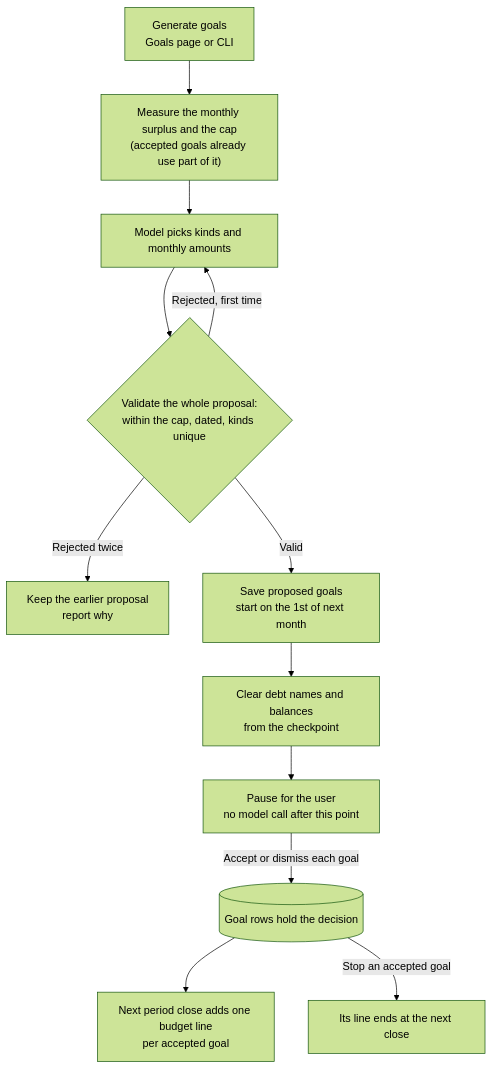
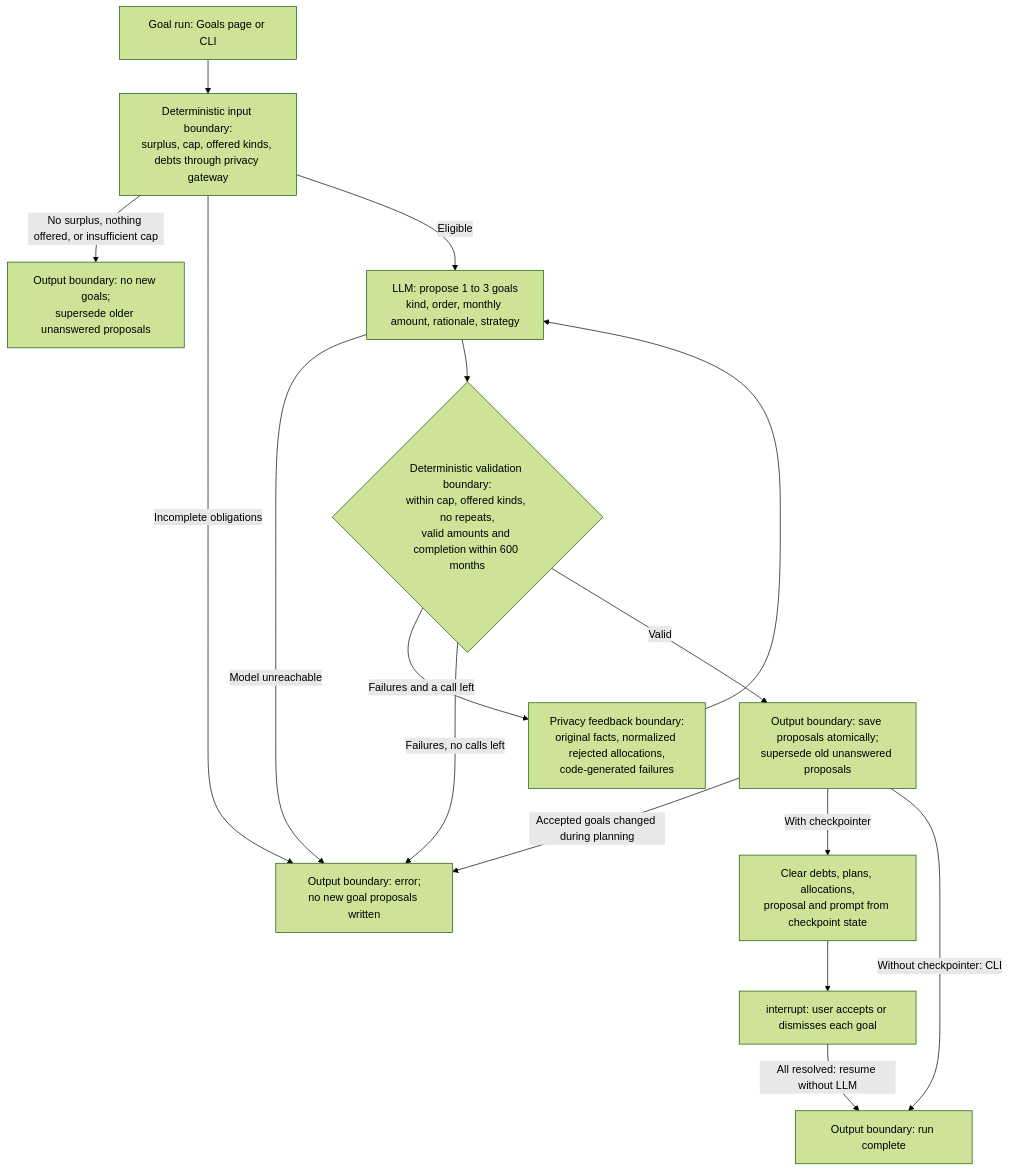
The third of 5 diagrams in docs/agent-pipelines.md (Del0m/Agentic-Financial-Dashboard), drawn with Mermaid (forest theme) before and after one commit. The commit also changed other lines of this file and 14 other files, not shown here.

First line of the commit message:
docs: agentic system guide for grading, with updated agent diagrams

````diff
--- a/docs/agent-pipelines.md
+++ b/docs/agent-pipelines.md
@@ -118,14 +86,18 @@
 ```mermaid
 flowchart TD
-    Start["Generate goals<br/>Goals page or CLI"] --> Facts["Measure the monthly surplus and the cap<br/>(accepted goals already use part of it)"]
-    Facts --> Propose["Model picks kinds and monthly amounts"]
-    Propose --> Check{"Validate the whole proposal:<br/>within the cap, dated, kinds unique"}
-    Check -->|Rejected, first time| Propose
-    Check -->|Rejected twice| Keep["Keep the earlier proposal<br/>report why"]
-    Check -->|Valid| Save["Save proposed goals<br/>start on the 1st of next month"]
-    Save --> Forget["Clear debt names and balances<br/>from the checkpoint"]
-    Forget --> Wait["Pause for the user<br/>no model call after this point"]
-    Wait -->|Accept or dismiss each goal| Rows[("Goal rows hold the decision")]
-    Rows --> Close["Next period close adds one budget line<br/>per accepted goal"]
-    Rows -->|Stop an accepted goal| End["Its line ends at the next close"]
+    Start["Goal run: Goals page or CLI"] --> Facts["Deterministic input boundary:<br/>surplus, cap, offered kinds, debts through privacy gateway"]
+    Facts -->|No surplus, nothing offered, or insufficient cap| Stop["Output boundary: no new goals;<br/>supersede older unanswered proposals"]
+    Facts -->|Incomplete obligations| Error["Output boundary: error;<br/>no new goal proposals written"]
+    Facts -->|Eligible| Propose["LLM: propose 1 to 3 goals<br/>kind, order, monthly amount, rationale, strategy"]
+    Propose -->|Model unreachable| Error
+    Propose --> Check{"Deterministic validation boundary:<br/>within cap, offered kinds, no repeats,<br/>valid amounts and completion within 600 months"}
+    Check -->|Failures and a call left| Correct["Privacy feedback boundary:<br/>original facts, normalized rejected allocations,<br/>code-generated failures"]
+    Correct --> Propose
+    Check -->|Failures, no calls left| Error
+    Check -->|Valid| Save["Output boundary: save proposals atomically;<br/>supersede old unanswered proposals"]
+    Save -->|Accepted goals changed during planning| Error
+    Save -->|With checkpointer| Clear["Clear debts, plans, allocations,<br/>proposal and prompt from checkpoint state"]
+    Clear --> Human["interrupt: user accepts or dismisses each goal"]
+    Human -->|All resolved: resume without LLM| Done["Output boundary: run complete"]
+    Save -->|Without checkpointer: CLI| Done
 ```
````
